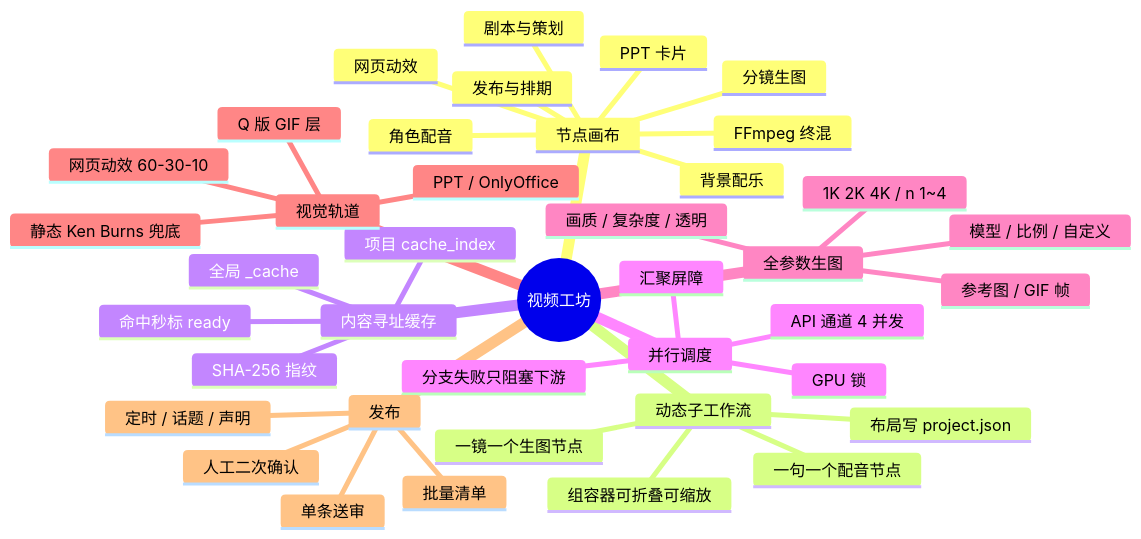
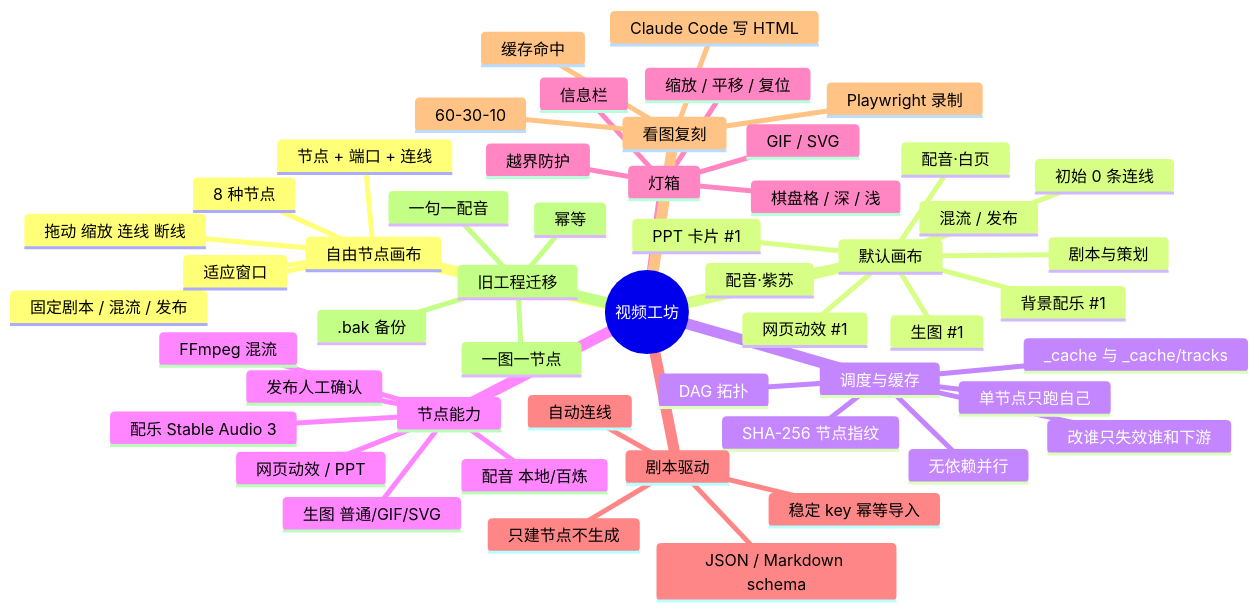
One commit to lql-076/Experiment-Agent-One changed the diagram in docs/AI文档/架构/20-视频工坊.md. Above: the diagram before and after it, drawn with Mermaid. The commit also changed other lines of this file and 19 other files, not shown here.

Commit message:
v3.9.0：视频工坊自由节点画布（节点/端口/连线、DAG 与节点缓存、旧工程迁移）、高清灯箱、剧本驱动、看图复刻

````diff
--- a/docs/AI文档/架构/20-视频工坊.md
+++ b/docs/AI文档/架构/20-视频工坊.md
@@ -9,43 +9,55 @@
 ```mermaid
 mindmap
   root((视频工坊))
-    节点画布
+    自由节点画布
+      节点 + 端口 + 连线
+      8 种节点
+      固定剧本 / 混流 / 发布
+      拖动 缩放 连线 断线
+      适应窗口
+    默认画布
       剧本与策划
-      分镜生图
-      角色配音
-      背景配乐
-      网页动效
-      PPT 卡片
-      FFmpeg 终混
-      发布与排期
-    动态子工作流
-      一镜一个生图节点
-      一句一个配音节点
-      组容器可折叠可缩放
-      布局写 project.json
-    内容寻址缓存
-      SHA-256 指纹
-      全局 _cache
-      项目 cache_index
-      命中秒标 ready
-    并行调度
-      API 通道 4 并发
-      GPU 锁
-      汇聚屏障
-      分支失败只阻塞下游
-    全参数生图
-      模型 / 比例 / 自定义
-      1K 2K 4K / n 1~4
-      画质 / 复杂度 / 透明
-      参考图 / GIF 帧
-    视觉轨道
-      网页动效 60-30-10
-      Q 版 GIF 层
-      PPT / OnlyOffice
-      静态 Ken Burns 兜底
-    发布
-      单条送审
-      批量清单
-      定时 / 话题 / 声明
-      人工二次确认
+      生图 #1
+      配音·白页
+      配音·紫苏
+      背景配乐 #1
+      网页动效 #1
+      PPT 卡片 #1
+      混流 / 发布
+      初始 0 条连线
+    调度与缓存
+      DAG 拓扑
+      无依赖并行
+      单节点只跑自己
+      SHA-256 节点指纹
+      改谁只失效谁和下游
+      _cache 与 _cache/tracks
+    节点能力
+      生图 普通/GIF/SVG
+      配音 本地/百炼
+      配乐 Stable Audio 3
+      网页动效 / PPT
+      FFmpeg 混流
+      发布人工确认
+    灯箱
+      缩放 / 平移 / 复位
+      棋盘格 / 深 / 浅
+      GIF / SVG
+      信息栏
+      越界防护
+    剧本驱动
+      JSON / Markdown schema
+      稳定 key 幂等导入
+      自动连线
+      只建节点不生成
+    看图复刻
+      Claude Code 写 HTML
+      Playwright 录制
+      60-30-10
+      缓存命中
+    旧工程迁移
+      一图一节点
+      一句一配音
+      .bak 备份
+      幂等
 ```
````
